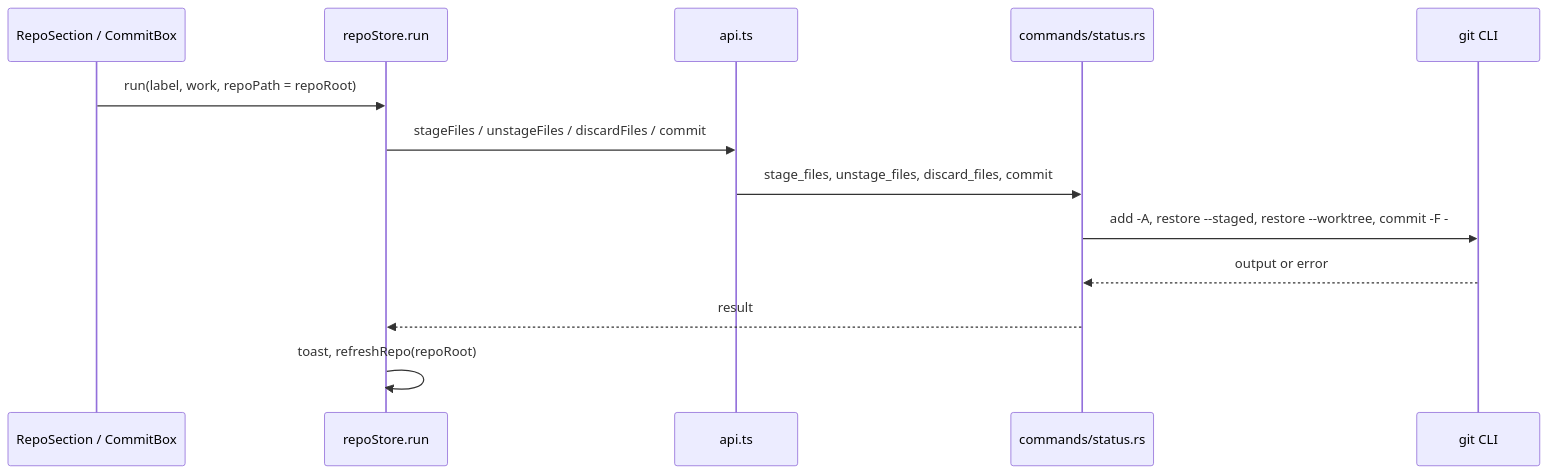
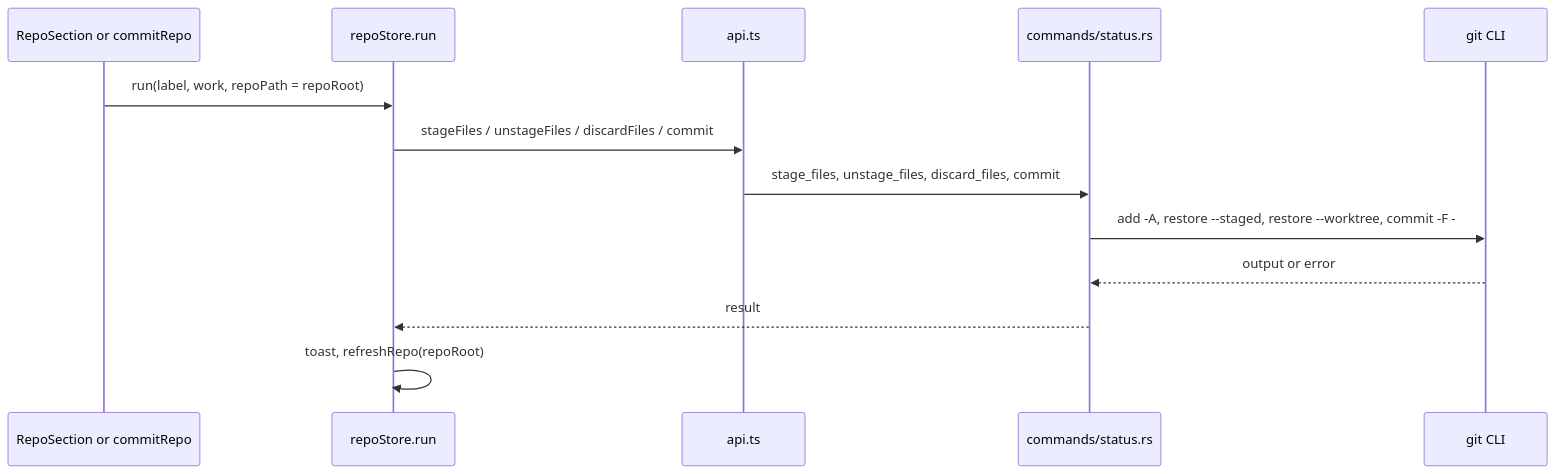
One commit to shibbirweb/git-manager changed the second of 2 diagrams in docs/wiki/developer/How-Changes-and-Commits-Work.md. Above: the diagram before and after it, drawn with Mermaid. The commit also changed other lines of this file and 110 other files, not shown here.

````diff
--- a/docs/wiki/developer/How-Changes-and-Commits-Work.md
+++ b/docs/wiki/developer/How-Changes-and-Commits-Work.md
@@ -40,15 +40,15 @@
 ```mermaid
 sequenceDiagram
-  participant Row as RepoSection / CommitBox
+  participant Row as RepoSection or commitRepo
   participant Store as repoStore.run
   participant Api as api.ts
   participant Cmd as commands/status.rs
   participant Git as git CLI
   Row->>Store: run(label, work, repoPath = repoRoot)
   Store->>Api: stageFiles / unstageFiles / discardFiles / commit
   Api->>Cmd: stage_files, unstage_files, discard_files, commit
   Cmd->>Git: add -A, restore --staged, restore --worktree, commit -F -
   Git-->>Cmd: output or error
   Cmd-->>Store: result
   Store->>Store: toast, refreshRepo(repoRoot)
 ```
````
